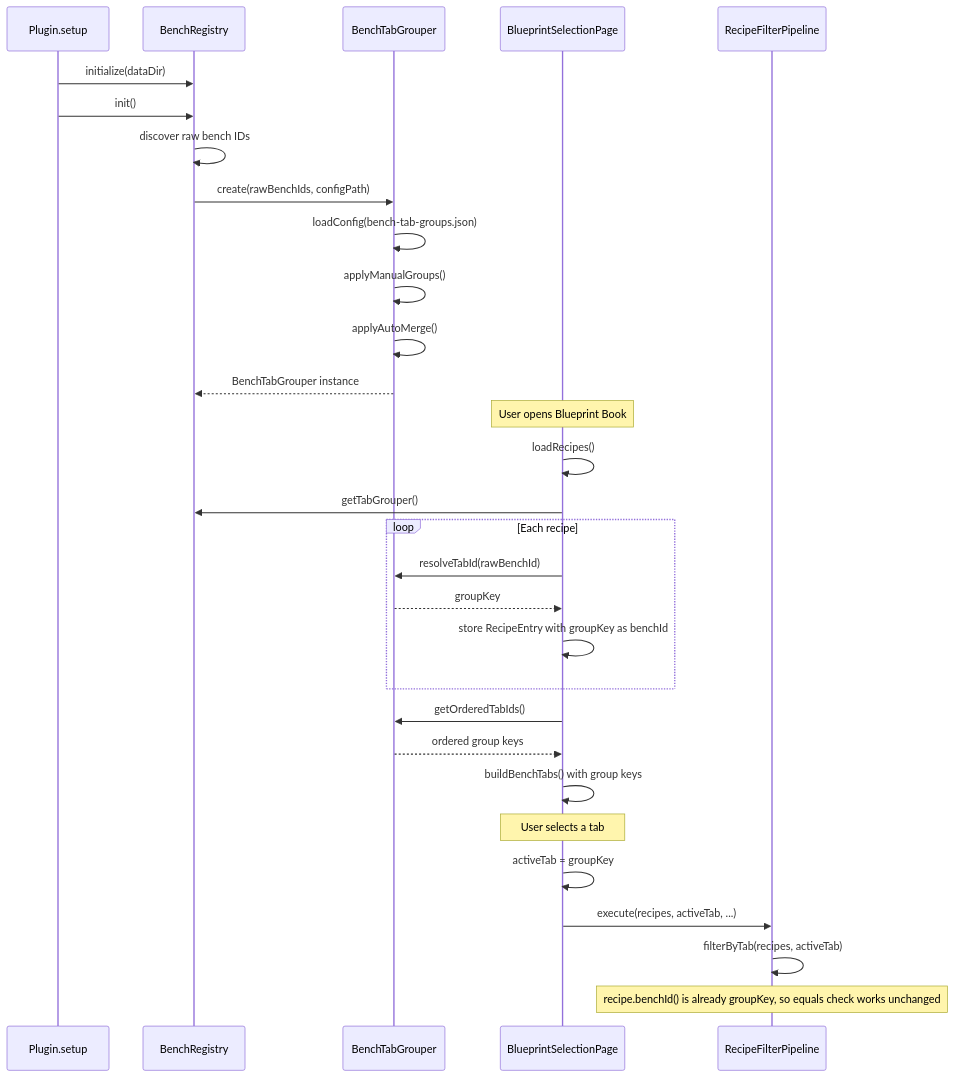
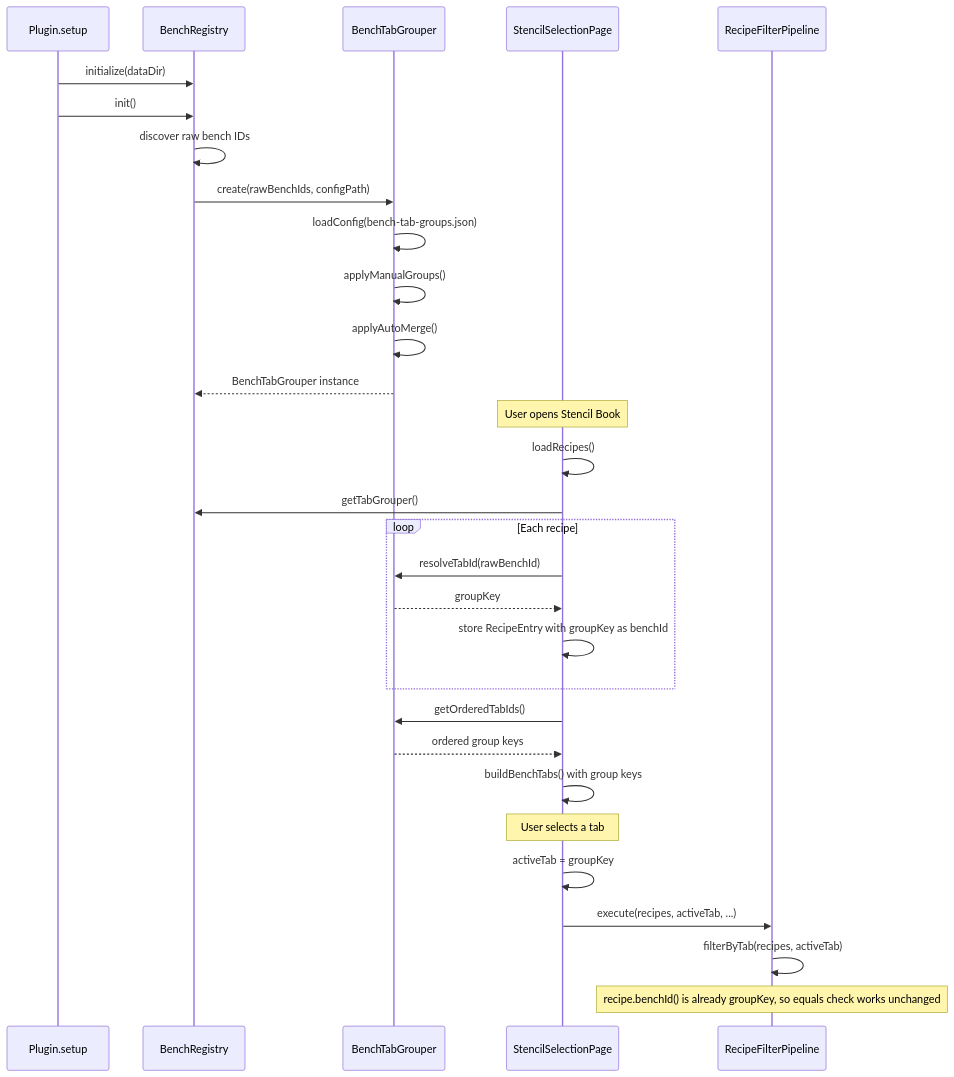
One commit to TheCodeCreature/Hytale-Example-Plugin changed the third of 3 diagrams in docs/design-bench-tab-grouping.md. Above: the diagram before and after it, drawn with Mermaid. The commit also changed other lines of this file and 289 other files, not shown here.

````diff
--- a/docs/design-bench-tab-grouping.md
+++ b/docs/design-bench-tab-grouping.md
@@ -104,35 +104,35 @@
 ```mermaid
 sequenceDiagram
     participant P as Plugin.setup
     participant BR as BenchRegistry
     participant TG as BenchTabGrouper
-    participant BSP as BlueprintSelectionPage
+    participant BSP as StencilSelectionPage
     participant RFP as RecipeFilterPipeline
 
     P->>BR: initialize(dataDir)
     P->>BR: init()
     BR->>BR: discover raw bench IDs
     BR->>TG: create(rawBenchIds, configPath)
     TG->>TG: loadConfig(bench-tab-groups.json)
     TG->>TG: applyManualGroups()
     TG->>TG: applyAutoMerge()
     TG-->>BR: BenchTabGrouper instance
 
-    Note over BSP: User opens Blueprint Book
+    Note over BSP: User opens Stencil Book
     BSP->>BSP: loadRecipes()
     BSP->>BR: getTabGrouper()
     loop Each recipe
         BSP->>TG: resolveTabId(rawBenchId)
         TG-->>BSP: groupKey
         BSP->>BSP: store RecipeEntry with groupKey as benchId
     end
     BSP->>TG: getOrderedTabIds()
     TG-->>BSP: ordered group keys
     BSP->>BSP: buildBenchTabs() with group keys
 
     Note over BSP: User selects a tab
     BSP->>BSP: activeTab = groupKey
     BSP->>RFP: execute(recipes, activeTab, ...)
     RFP->>RFP: filterByTab(recipes, activeTab)
     Note over RFP: recipe.benchId() is already groupKey, so equals check works unchanged
 ```
````
